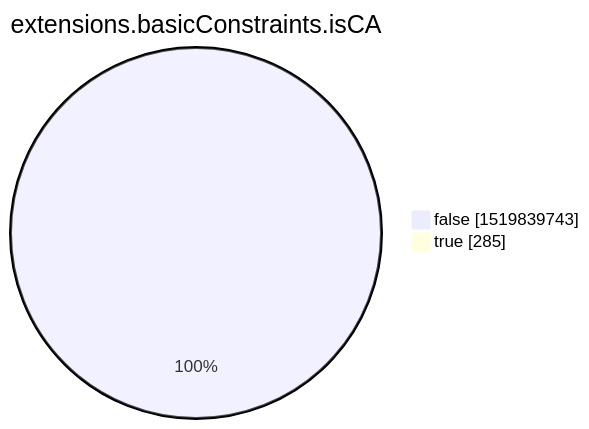
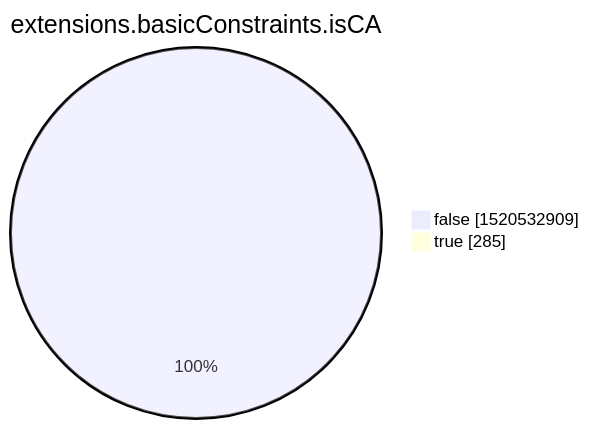
One commit to christiankrug/ctmonitor_visualization changed the eighth of 15 diagrams in xenon2022/README.md. Above: the diagram before and after it, drawn with Mermaid. The commit also changed other lines of this file, not shown here.

````diff
--- a/xenon2022/README.md
+++ b/xenon2022/README.md
@@ -2855,6 +2855,6 @@
 ```mermaid
 pie showData
 title extensions.basicConstraints.isCA
-"false" :1519839743
+"false" :1520532909
 "true" :285
 ```
````
